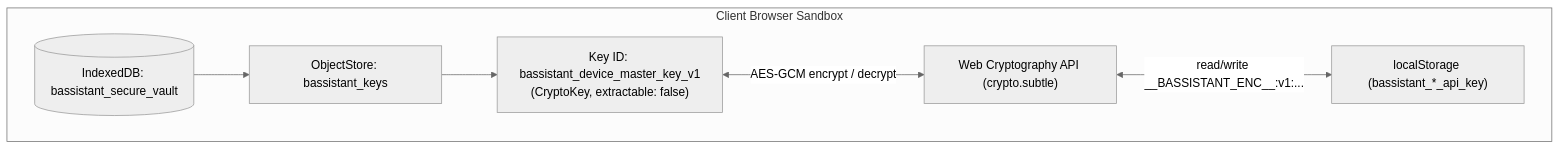
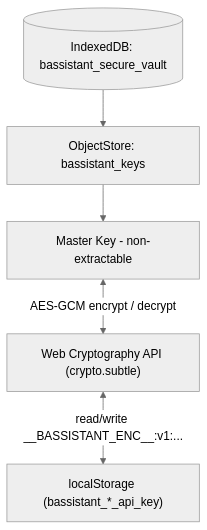
The diagram in docs/storage-keys.mdx (AmritSDutta/b_aassistant), drawn with Mermaid (neutral theme) before and after one commit. The commit also changed other lines of this file and 14 other files, not shown here.

````diff
--- a/docs/storage-keys.mdx
+++ b/docs/storage-keys.mdx
@@ -65,15 +66,7 @@
 ```mermaid
 flowchart TD
-    subgraph Browser ["Client Browser Sandbox"]
-        IDB[("IndexedDB: bassistant_secure_vault")]
-        Store["ObjectStore: bassistant_keys"]
-        Key["Key ID: bassistant_device_master_key_v1<br/>(CryptoKey, extractable: false)"]
-        Subtle["Web Cryptography API (crypto.subtle)"]
-        Local["localStorage (bassistant_*_api_key)"]
-
-        IDB --> Store
-        Store --> Key
-        Key <-->|AES-GCM encrypt / decrypt| Subtle
-        Subtle <-->|read/write __BASSISTANT_ENC__:v1:...| Local
-    end
+    IDB[("IndexedDB: bassistant_secure_vault")] --> Store["ObjectStore: bassistant_keys"]
+    Store --> Key["Master Key - non-extractable"]
+    Key <-->|"AES-GCM encrypt / decrypt"| Subtle["Web Cryptography API (crypto.subtle)"]
+    Subtle <-->|"read/write __BASSISTANT_ENC__:v1:..."| Local["localStorage (bassistant_*_api_key)"]
 ```
````
